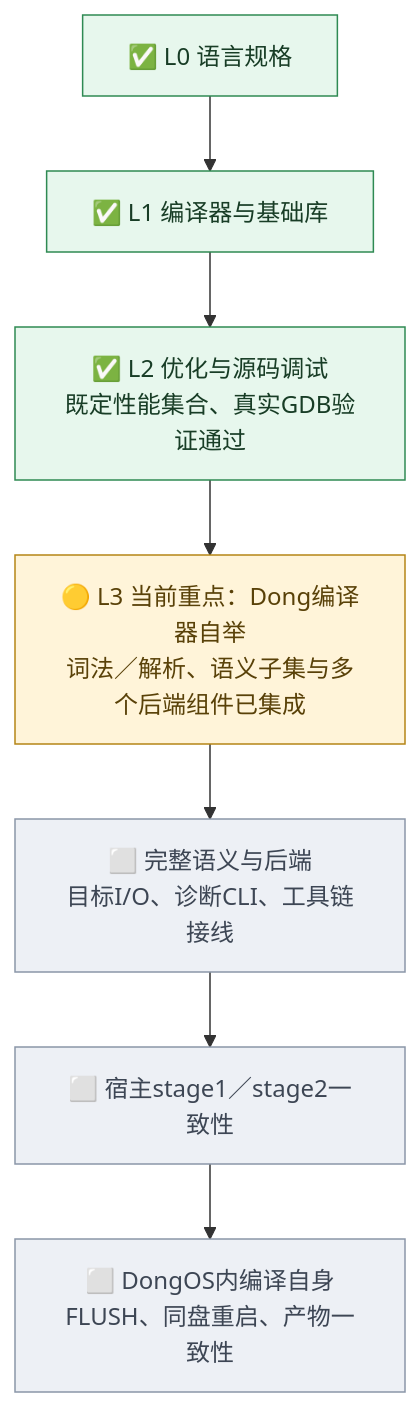
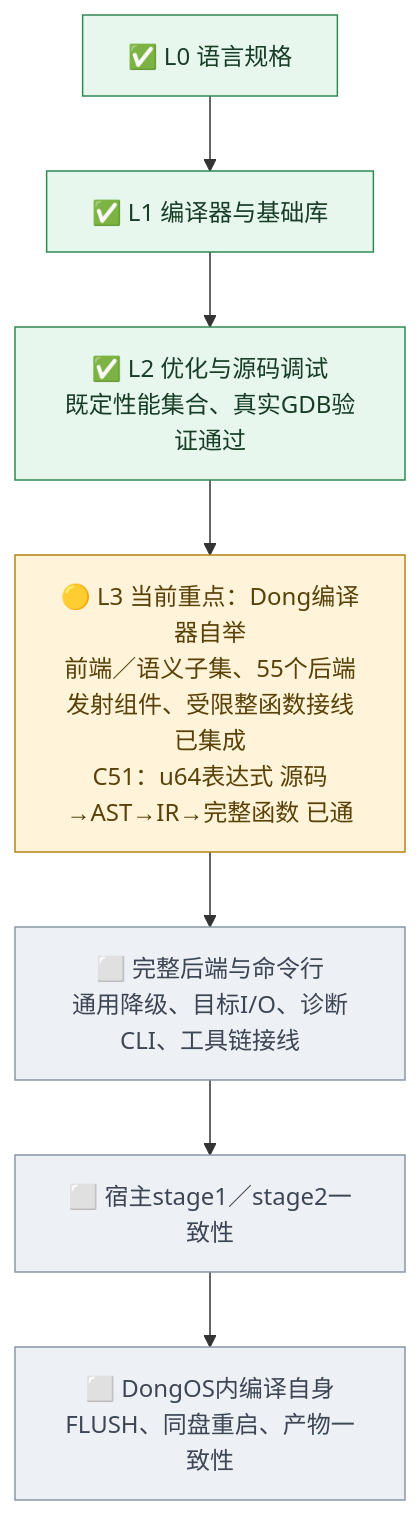
Before and after one commit to EDarcyWong/dongos: the second of 3 diagrams in coordination/dongos_works/progress-map.md, drawn with Mermaid. The commit also changed other lines of this file and 407 other files, not shown here.

````diff
--- a/coordination/dongos_works/progress-map.md
+++ b/coordination/dongos_works/progress-map.md
@@ -49,15 +49,15 @@
 ```mermaid
 flowchart TD
     L0["✅ L0 语言规格"] --> L1["✅ L1 编译器与基础库"]
     L1 --> L2["✅ L2 优化与源码调试<br/>既定性能集合、真实GDB验证通过"]
-    L2 --> L3["🟡 L3 当前重点：Dong编译器自举<br/>词法／解析、语义子集与多个后端组件已集成"]
-    L3 --> L3A["⬜ 完整语义与后端<br/>目标I/O、诊断CLI、工具链接线"]
+    L2 --> L3["🟡 L3 当前重点：Dong编译器自举<br/>前端／语义子集、55个后端发射组件、受限整函数接线已集成<br/>C51：u64表达式 源码→AST→IR→完整函数 已通"]
+    L3 --> L3A["⬜ 完整后端与命令行<br/>通用降级、目标I/O、诊断CLI、工具链接线"]
     L3A --> L3B["⬜ 宿主stage1／stage2一致性"]
     L3B --> L3C["⬜ DongOS内编译自身<br/>FLUSH、同盘重启、产物一致性"]
     classDef complete fill:#e7f7ed,stroke:#2f8a53,color:#183d26;
     classDef partial fill:#fff4d9,stroke:#b58516,color:#594108;
     classDef pending fill:#edf0f5,stroke:#8b96a8,color:#3d4654;
     class L0,L1,L2 complete;
     class L3 partial;
     class L3A,L3B,L3C pending;
 ```
````
